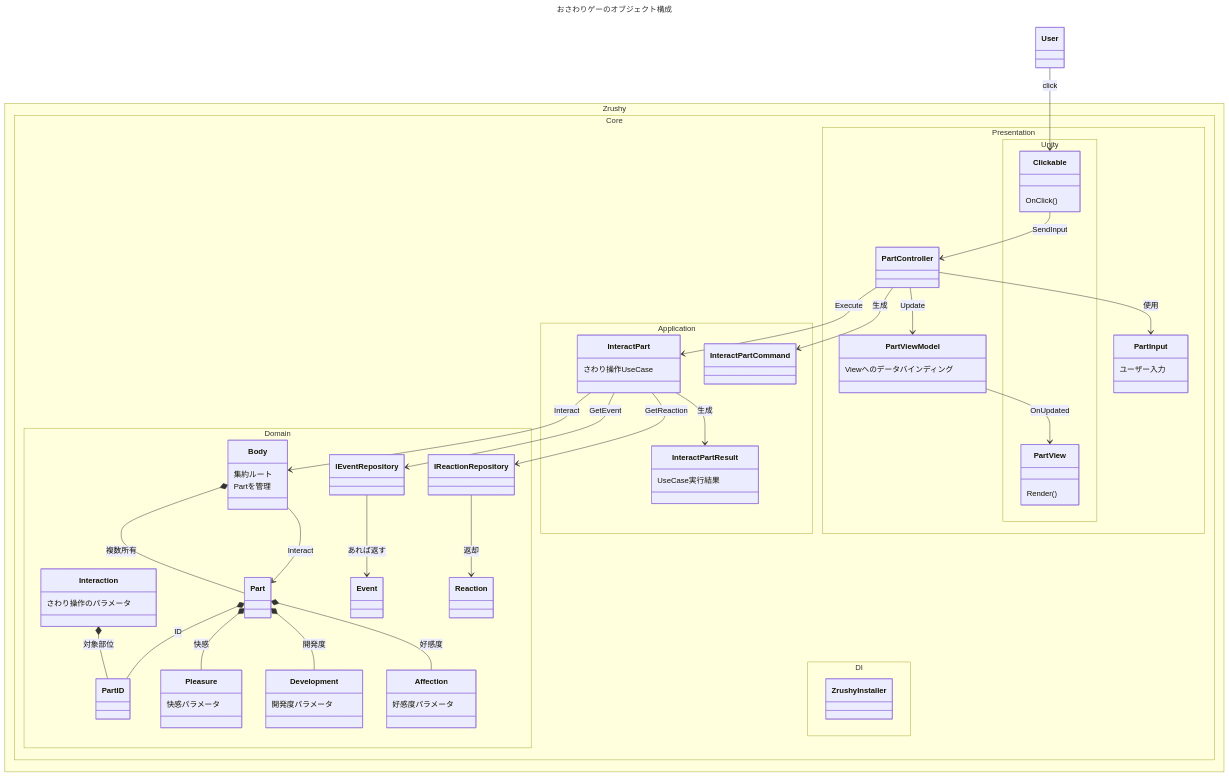
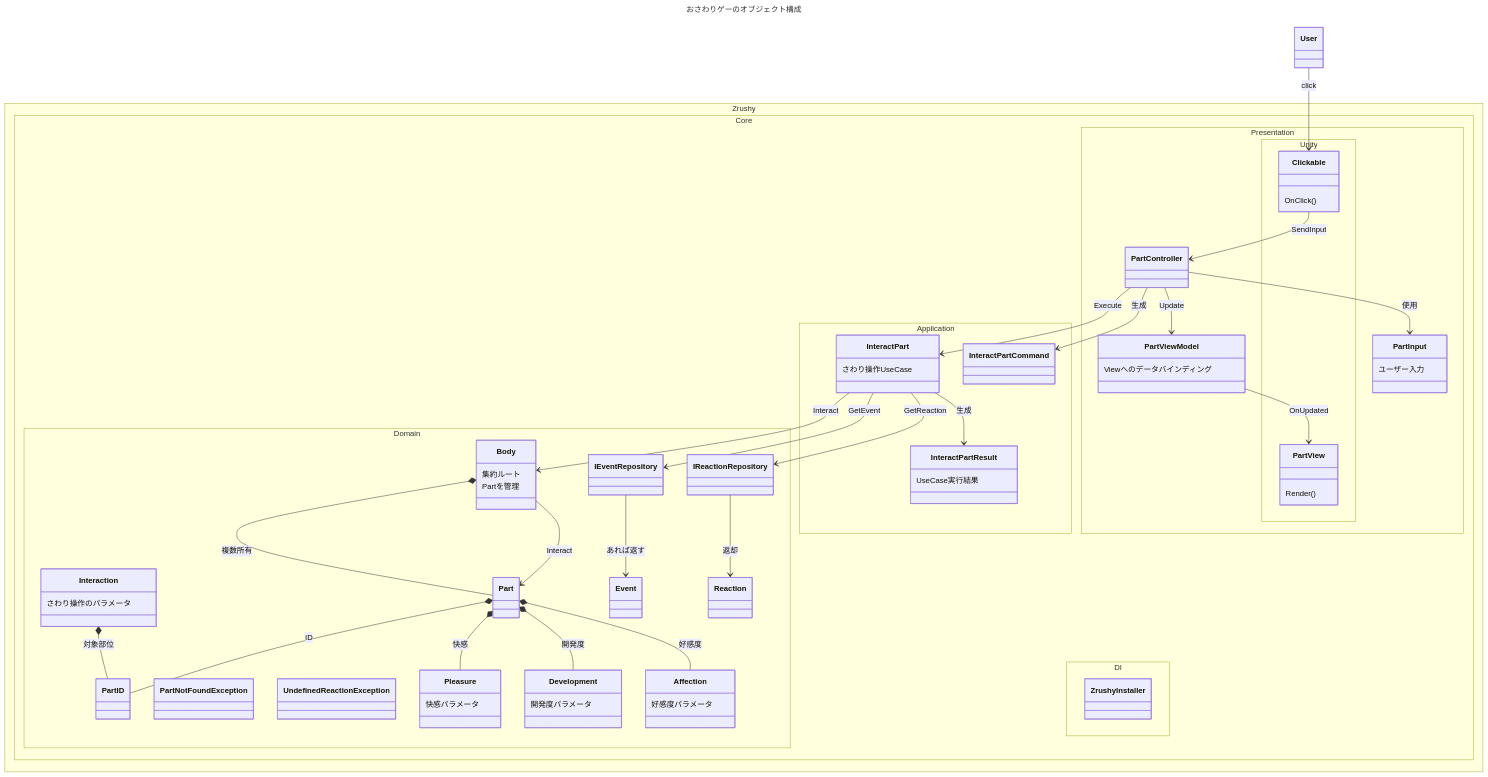
One commit to Yocchi3191/Zrushy changed the diagram in knowledge/architecture/abstruct.md. Above: the diagram before and after it, drawn with Mermaid. The commit also changed 10 other files, not shown here.

```diff
--- a/knowledge/architecture/abstruct.md
+++ b/knowledge/architecture/abstruct.md
@@ -19,6 +19,8 @@
 		class IEventRepository
 		class IReactionRepository
 		class PartID
+		class PartNotFoundException
+		class UndefinedReactionException
 		class Pleasure {
 			快感パラメータ
 		}
```
